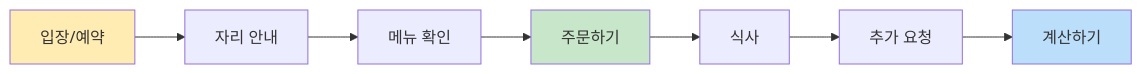
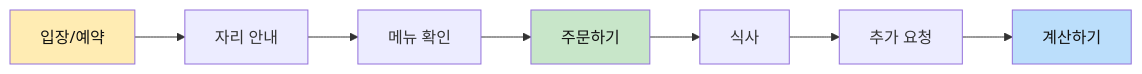
Before and after one commit to Collegenie-X/AI-English: the sixth of 14 diagrams in 영어_일상_회화/travel-english-50-patterns.md, drawn with Mermaid. The commit also changed other lines of this file, not shown here.

````diff
--- a/영어_일상_회화/travel-english-50-patterns.md
+++ b/영어_일상_회화/travel-english-50-patterns.md
@@ -194,13 +194,13 @@
 ```mermaid
 flowchart LR
     A[입장/예약] --> B[자리 안내]
     B --> C[메뉴 확인]
     C --> D[주문하기]
     D --> E[식사]
     E --> F[추가 요청]
     F --> G[계산하기]
     
-    style A fill:#ffecb3
-    style D fill:#c8e6c9
-    style G fill:#bbdefb
+    style A fill:#ffecb3,color:#111
+    style D fill:#c8e6c9,color:#111
+    style G fill:#bbdefb,color:#111
 ```
````
